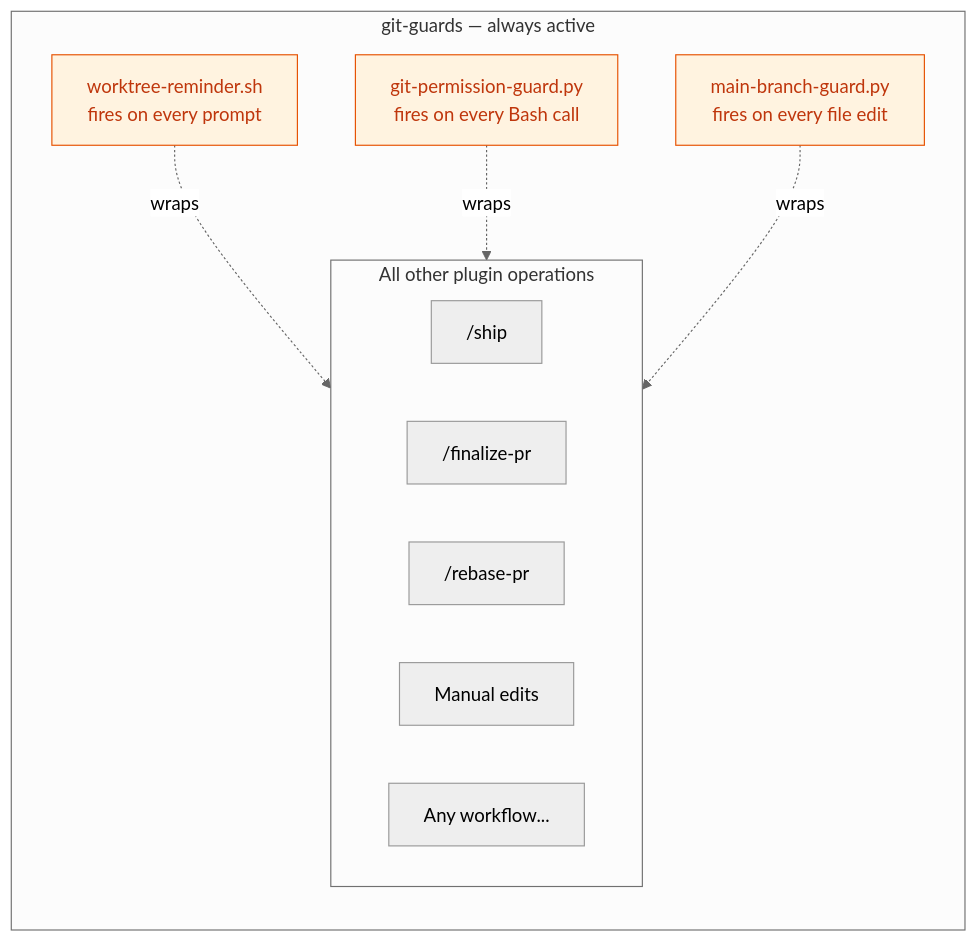
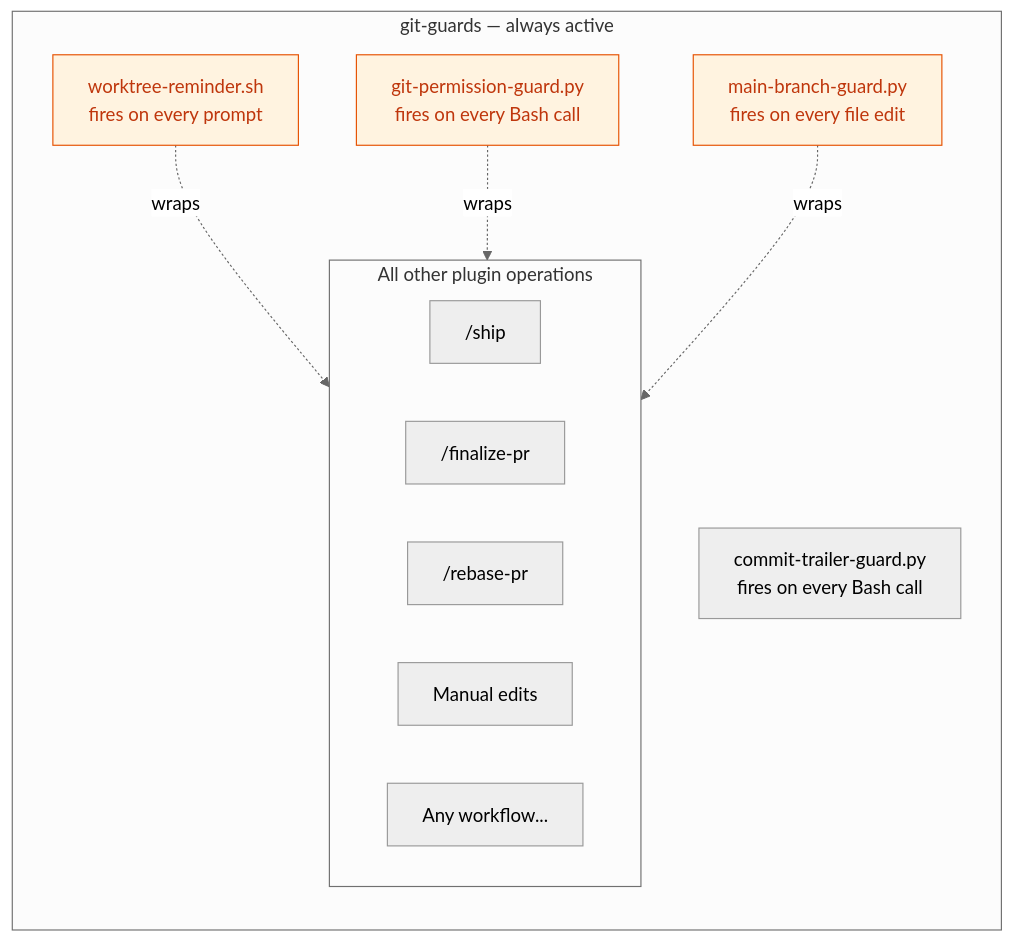
One commit to dryvist/claude-code-plugins changed the second of 2 diagrams in git-guards/ARCHITECTURE.md. Above: the diagram before and after it, drawn with Mermaid (neutral theme). The commit also changed other lines of this file and 8 other files, not shown here.

````diff
--- a/git-guards/ARCHITECTURE.md
+++ b/git-guards/ARCHITECTURE.md
@@ -45,25 +46,26 @@
 ```mermaid
 flowchart LR
     subgraph OUTER["git-guards — always active"]
         direction TB
         WR2["worktree-reminder.sh\nfires on every prompt"]
         PG2["git-permission-guard.py\nfires on every Bash call"]
+        TG2["commit-trailer-guard.py\nfires on every Bash call"]
         MBG2["main-branch-guard.py\nfires on every file edit"]
 
         subgraph INNER["All other plugin operations"]
             direction LR
             SHIP["/ship"]
             FINALIZE["/finalize-pr"]
             REBASE["/rebase-pr"]
             MANUAL["Manual edits"]
             OTHER["Any workflow..."]
         end
 
         WR2 -.->|wraps| INNER
         PG2 -.->|wraps| INNER
         MBG2 -.->|wraps| INNER
     end
 
     classDef hook fill:#fff3e0,stroke:#e65100,color:#bf360c
     class WR2,PG2,MBG2 hook
 ```
````
